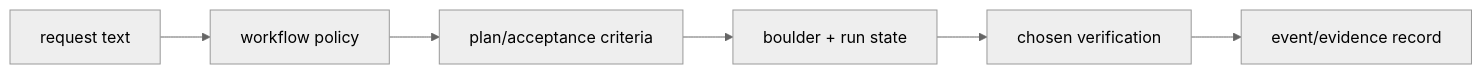
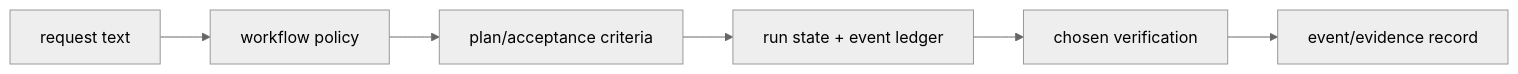
The diagram in lazykimi-plugin/docs/02-first-task.md (elvinzhao10/LazyKimi), drawn with Mermaid (neutral theme) before and after one commit. The commit also changed other lines of this file and 16 other files, not shown here.

````diff
--- a/lazykimi-plugin/docs/02-first-task.md
+++ b/lazykimi-plugin/docs/02-first-task.md
@@ -58,8 +60,8 @@
 ```mermaid
 flowchart LR
     Prompt["request text"] --> Skill["workflow policy"]
     Skill --> Plan["plan/acceptance criteria"]
-    Plan --> State["boulder + run state"]
+    Plan --> State["run state + event ledger"]
     State --> Check["chosen verification"]
     Check --> Evidence["event/evidence record"]
 ```
````
